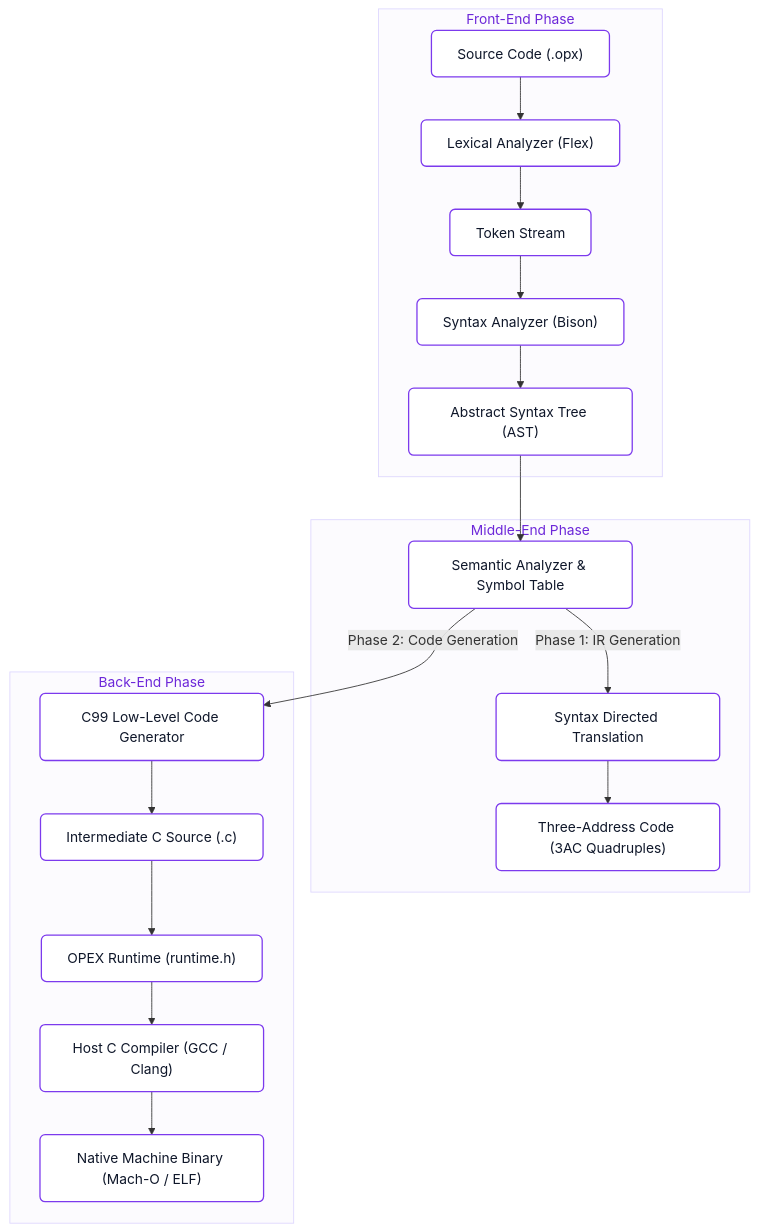
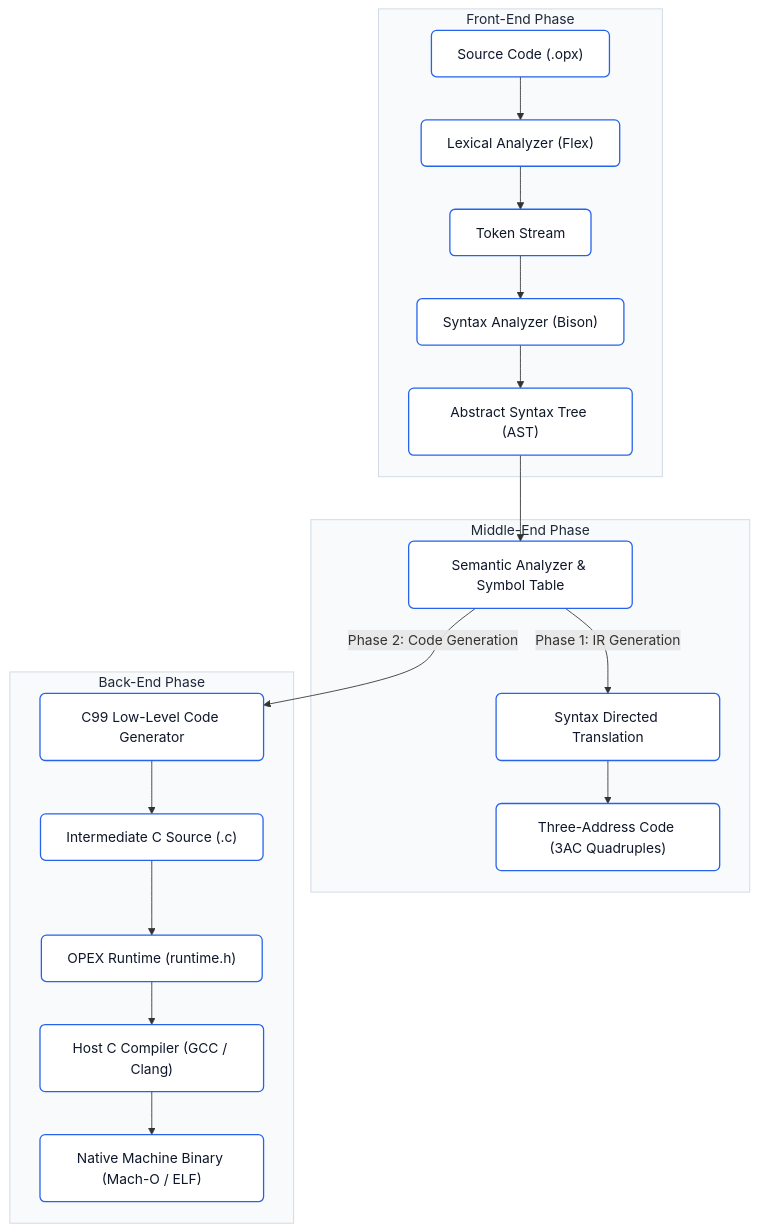
Before and after one commit to gaurav-budhwani/OPEX: the diagram in docs/compiler-internals/pipeline.md, drawn with Mermaid. The commit also changed 4 other files, not shown here.

````diff
--- a/docs/compiler-internals/pipeline.md
+++ b/docs/compiler-internals/pipeline.md
@@ -9,28 +9,28 @@
 ```mermaid
 flowchart TD
     subgraph FrontEnd ["Front-End Phase"]
         Src["Source Code (.opx)"] --> Lexer["Lexical Analyzer (Flex)"]
         Lexer --> Tokens["Token Stream"]
         Tokens --> Parser["Syntax Analyzer (Bison)"]
         Parser --> AST["Abstract Syntax Tree (AST)"]
     end
     
     subgraph MiddleEnd ["Middle-End Phase"]
         AST --> Semantic["Semantic Analyzer & Symbol Table"]
         Semantic -->|"Phase 1: IR Generation"| SDT["Syntax Directed Translation"]
         SDT --> IR["Three-Address Code (3AC Quadruples)"]
     end
     
     subgraph BackEnd ["Back-End Phase"]
         Semantic -->|"Phase 2: Code Generation"| Lowering["C99 Low-Level Code Generator"]
         Lowering --> CSource["Intermediate C Source (.c)"]
         CSource --> Runtime["OPEX Runtime (runtime.h)"]
         Runtime --> HostCC["Host C Compiler (GCC / Clang)"]
         HostCC --> Binary["Native Machine Binary (Mach-O / ELF)"]
     end
 
-    classDef stage fill:#ffffff,stroke:#7c3aed,stroke-width:1.5px,color:#0f172a,rx:6px,ry:6px;
-    classDef sub fill:#fcfbfe,stroke:#ddd6fe,stroke-width:1px,color:#6d28d9;
+    classDef stage fill:#ffffff,stroke:#2563eb,stroke-width:1.5px,color:#0f172a,rx:6px,ry:6px;
+    classDef sub fill:#f8fafc,stroke:#cbd5e1,stroke-width:1px,color:#1e293b;
     class Src,Lexer,Tokens,Parser,AST,Semantic,SDT,IR,Lowering,CSource,Runtime,HostCC,Binary stage;
     class FrontEnd,MiddleEnd,BackEnd sub;
 ```
````
